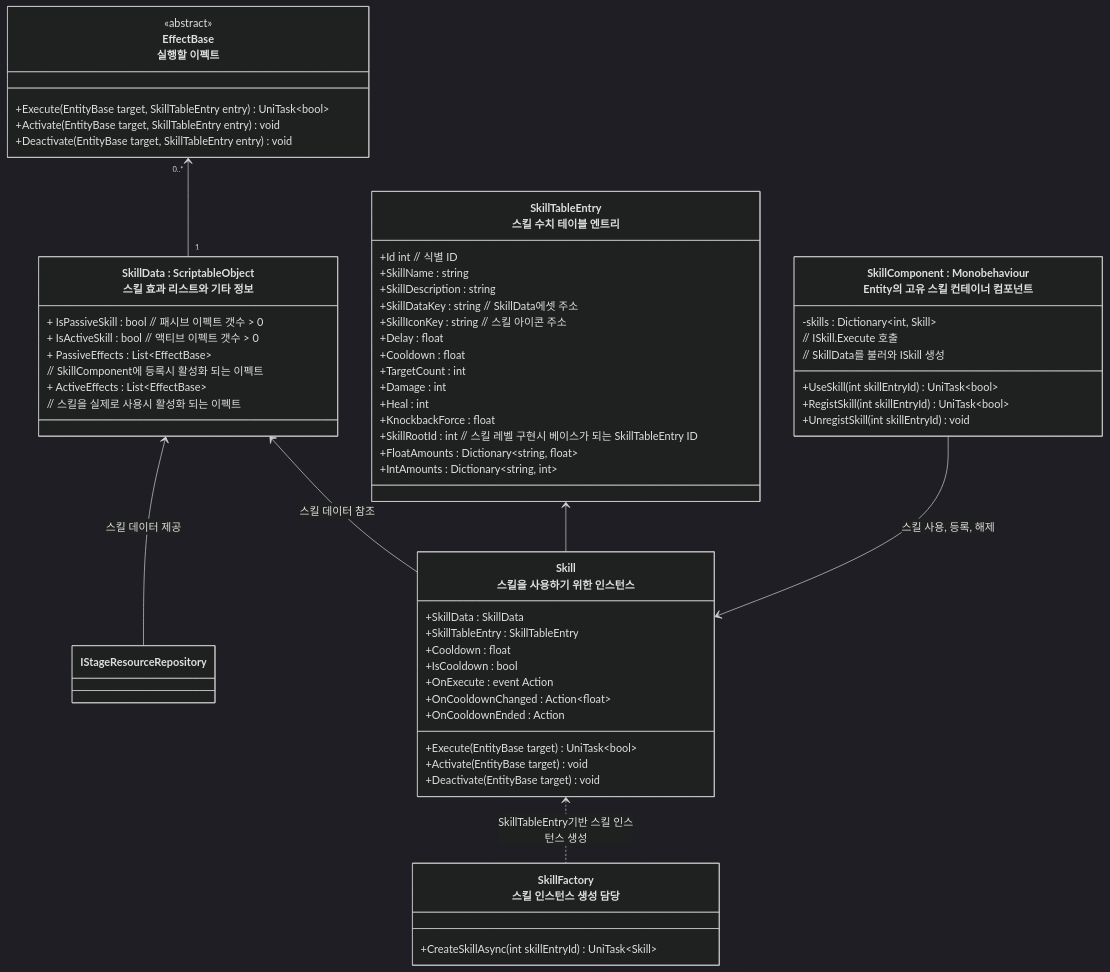
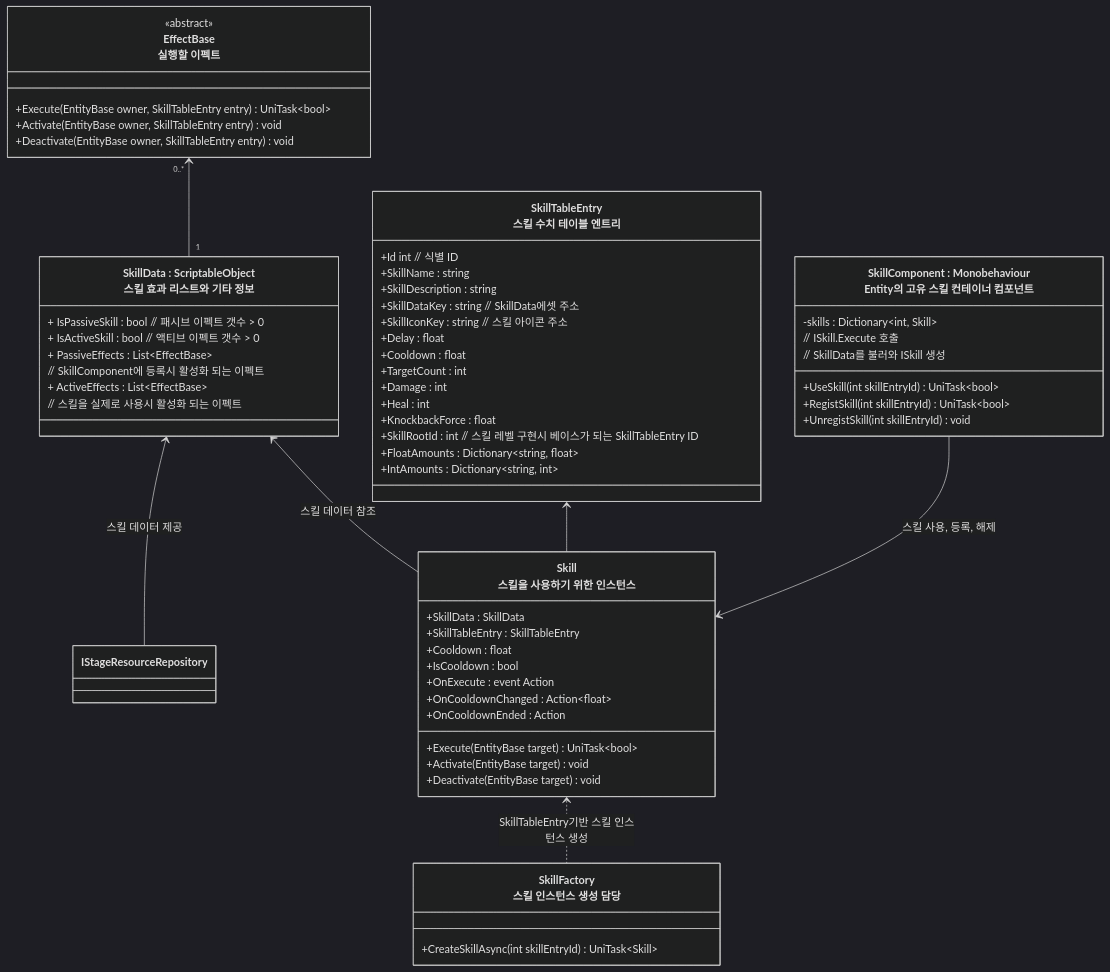
The first of 2 diagrams in README/스킬시스템_설계.md (JIN5EOK/DungeonShooter), drawn with Mermaid (dark theme) before and after one commit. The commit also changed other lines of this file and 12 other files, not shown here.

````diff
--- a/README/스킬시스템_설계.md
+++ b/README/스킬시스템_설계.md
@@ -7,67 +7,67 @@
 ```mermaid
 classDiagram
     class EffectBase["EffectBase<br>실행할 이펙트"]{
         <<abstract>>
-        +Execute(EntityBase target, SkillTableEntry entry) UniTask~bool~
-        +Activate(EntityBase target, SkillTableEntry entry) void
-        +Deactivate(EntityBase target, SkillTableEntry entry) void
+        +Execute(EntityBase owner, SkillTableEntry entry) UniTask~bool~
+        +Activate(EntityBase owner, SkillTableEntry entry) void
+        +Deactivate(EntityBase owner, SkillTableEntry entry) void
     }
     
     class SkillData["SkillData : ScriptableObject<br>스킬 효과 리스트와 기타 정보"]{
 		+ IsPassiveSkill : bool // 패시브 이펙트 갯수 > 0
 		+ IsActiveSkill : bool // 액티브 이펙트 갯수 > 0
         + PassiveEffects : List~EffectBase~ 
         // SkillComponent에 등록시 활성화 되는 이펙트
         + ActiveEffects : List~EffectBase~ 
         // 스킬을 실제로 사용시 활성화 되는 이펙트
     }
 
     class Skill["Skill<br>스킬을 사용하기 위한 인스턴스"]{
         +SkillData : SkillData
         +SkillTableEntry : SkillTableEntry
         +Cooldown : float
         +IsCooldown : bool
         +OnExecute : event Action
         +OnCooldownChanged : Action~float~
         +OnCooldownEnded : Action
         +Execute(EntityBase target) UniTask~bool~
         +Activate(EntityBase target) void
         +Deactivate(EntityBase target) void
     }
 
 	class SkillTableEntry["SkillTableEntry<br>스킬 수치 테이블 엔트리"]{
 		+Id int // 식별 ID
 		+SkillName : string
 		+SkillDescription : string
 		+SkillDataKey : string // SkillData에셋 주소
 		+SkillIconKey : string // 스킬 아이콘 주소
 		+Delay : float
 		+Cooldown : float
 		+TargetCount : int
         +Damage : int
         +Heal : int
 		+KnockbackForce : float
         +SkillRootId : int // 스킬 레벨 구현시 베이스가 되는 SkillTableEntry ID
         +FloatAmounts : Dictionary~string, float~
         +IntAmounts : Dictionary~string, int~
 	}
 	
     class SkillComponent["SkillComponent : Monobehaviour<br>Entity의 고유 스킬 컨테이너 컴포넌트"]{
         -skills : Dictionary~int, Skill~
         +UseSkill(int skillEntryId) UniTask~bool~
         // ISkill.Execute 호출
         +RegistSkill(int skillEntryId) UniTask~bool~
         // SkillData를 불러와 ISkill 생성 
         +UnregistSkill(int skillEntryId) void
     }
     
 	class SkillFactory["SkillFactory<br>스킬 인스턴스 생성 담당"]{
         +CreateSkillAsync(int skillEntryId) UniTask~Skill~
     }
 	SkillData <-- IStageResourceRepository : 스킬 데이터 제공
     SkillTableEntry <-- Skill
     SkillData <-- Skill : 스킬 데이터 참조
     EffectBase "0..*"<--"1" SkillData
     SkillComponent --> Skill  : 스킬 사용, 등록, 해제
     Skill <.. SkillFactory : SkillTableEntry기반 스킬 인스턴스 생성
 ```
````
